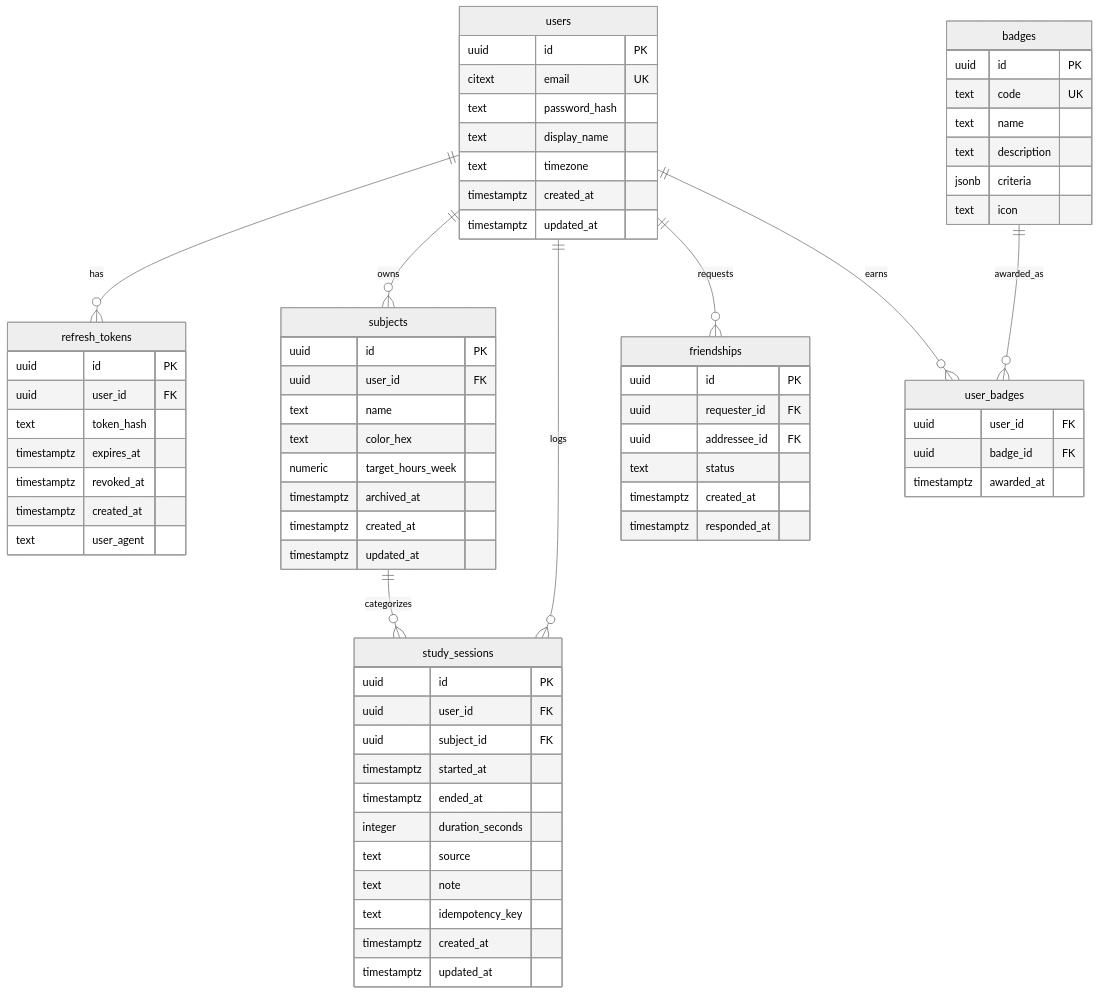
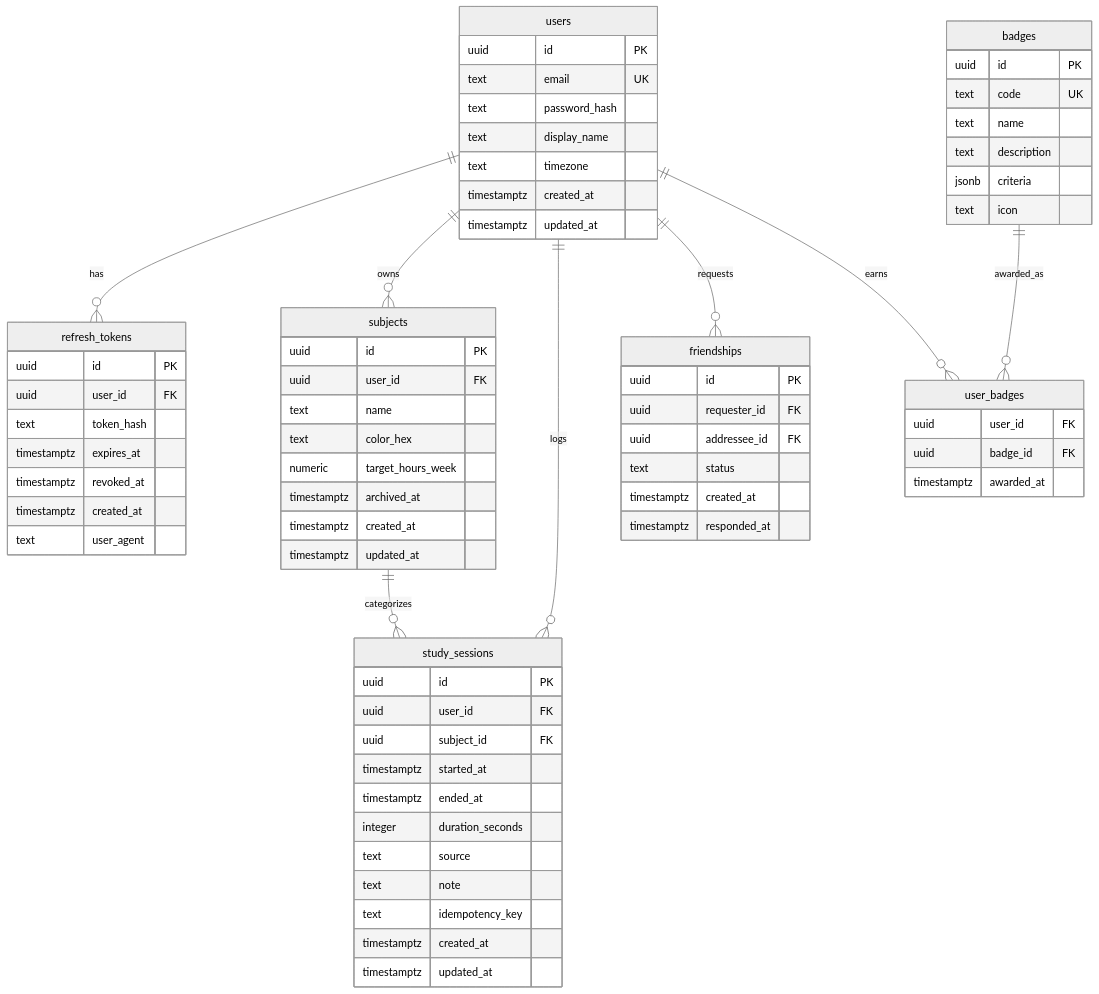
The diagram in docs/database-spec.md (SergioSocasDiaz/StudyLogV2), drawn with Mermaid (neutral theme) before and after one commit. The commit also changed other lines of this file and 5 other files, not shown here.

````diff
--- a/docs/database-spec.md
+++ b/docs/database-spec.md
@@ -12,79 +12,79 @@
 ```mermaid
 erDiagram
     users ||--o{ refresh_tokens : has
     users ||--o{ subjects : owns
     users ||--o{ study_sessions : logs
     subjects ||--o{ study_sessions : categorizes
     users ||--o{ friendships : requests
     users ||--o{ user_badges : earns
     badges ||--o{ user_badges : awarded_as
 
     users {
         uuid id PK
-        citext email UK
+        text email UK
         text password_hash
         text display_name
         text timezone
         timestamptz created_at
         timestamptz updated_at
     }
 
     refresh_tokens {
         uuid id PK
         uuid user_id FK
         text token_hash
         timestamptz expires_at
         timestamptz revoked_at
         timestamptz created_at
         text user_agent
     }
 
     subjects {
         uuid id PK
         uuid user_id FK
         text name
         text color_hex
         numeric target_hours_week
         timestamptz archived_at
         timestamptz created_at
         timestamptz updated_at
     }
 
     study_sessions {
         uuid id PK
         uuid user_id FK
         uuid subject_id FK
         timestamptz started_at
         timestamptz ended_at
         integer duration_seconds
         text source
         text note
         text idempotency_key
         timestamptz created_at
         timestamptz updated_at
     }
 
     friendships {
         uuid id PK
         uuid requester_id FK
         uuid addressee_id FK
         text status
         timestamptz created_at
         timestamptz responded_at
     }
 
     badges {
         uuid id PK
         text code UK
         text name
         text description
         jsonb criteria
         text icon
     }
 
     user_badges {
         uuid user_id FK
         uuid badge_id FK
         timestamptz awarded_at
     }
 ```
````
